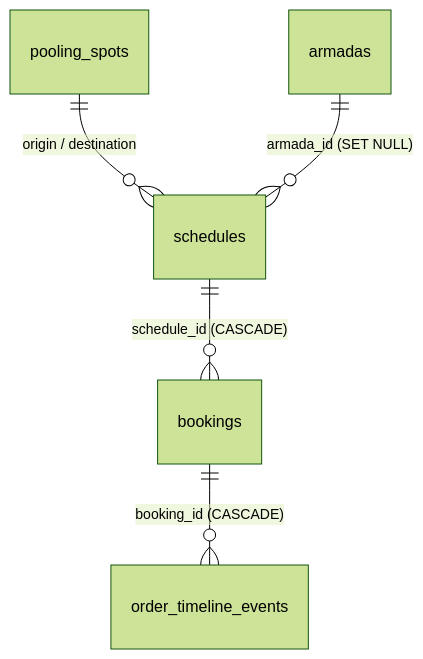
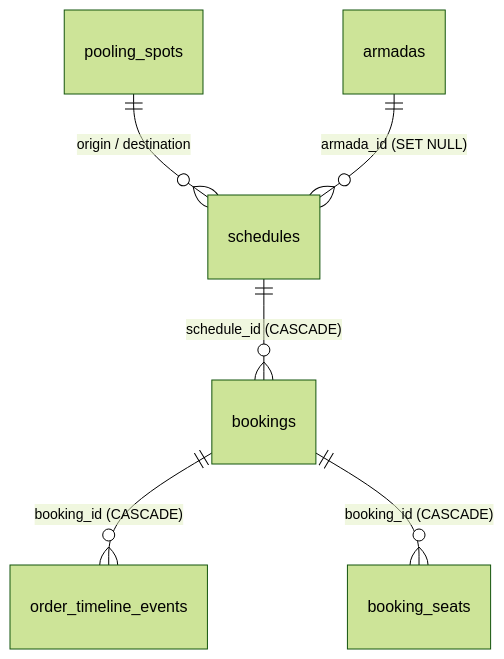
Before and after one commit to ivanadriman/antarpool-travel: the diagram in docs/DATABASE.md, drawn with Mermaid (forest theme). The commit also changed other lines of this file and 30 other files, not shown here.

````diff
--- a/docs/DATABASE.md
+++ b/docs/DATABASE.md
@@ -5,7 +5,8 @@
 ```mermaid
 erDiagram
   pooling_spots ||--o{ schedules : "origin / destination"
   armadas ||--o{ schedules : "armada_id (SET NULL)"
   schedules ||--o{ bookings : "schedule_id (CASCADE)"
   bookings ||--o{ order_timeline_events : "booking_id (CASCADE)"
+  bookings ||--o{ booking_seats : "booking_id (CASCADE)"
 ```
````
